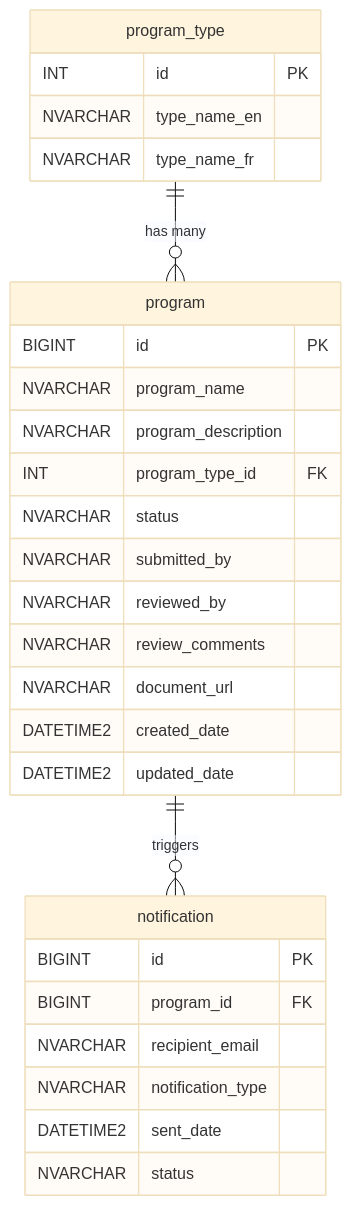
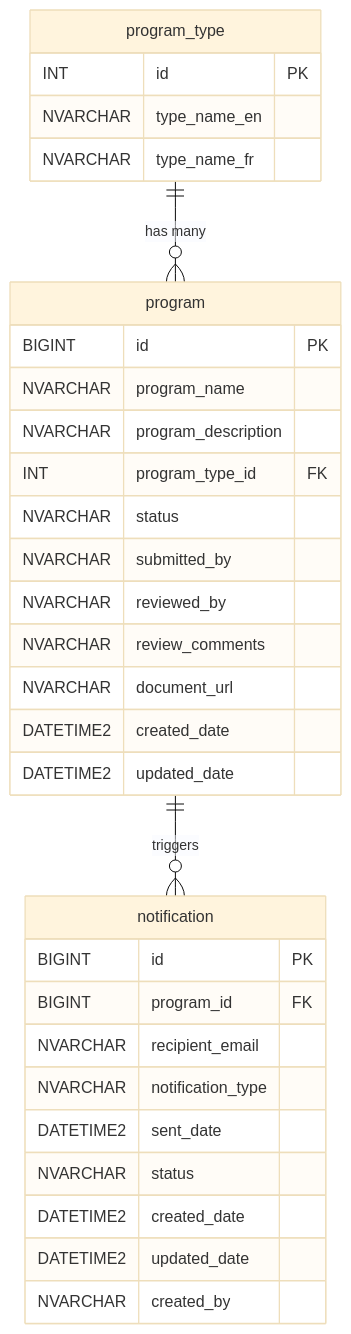
Before and after one commit to devopsabcs-engineering/ProgramDemo-DevDay2026: the diagram in docs/data-dictionary.md, drawn with Mermaid (base theme). The commit also changed other lines of this file and 3 other files, not shown here.

````diff
--- a/docs/data-dictionary.md
+++ b/docs/data-dictionary.md
@@ -9,34 +9,37 @@
 ```mermaid
 erDiagram
     program_type ||--o{ program : "has many"
     program ||--o{ notification : "triggers"
 
     program_type {
         INT id PK
         NVARCHAR type_name_en
         NVARCHAR type_name_fr
     }
 
     program {
         BIGINT id PK
         NVARCHAR program_name
         NVARCHAR program_description
         INT program_type_id FK
         NVARCHAR status
         NVARCHAR submitted_by
         NVARCHAR reviewed_by
         NVARCHAR review_comments
         NVARCHAR document_url
         DATETIME2 created_date
         DATETIME2 updated_date
     }
 
     notification {
         BIGINT id PK
         BIGINT program_id FK
         NVARCHAR recipient_email
         NVARCHAR notification_type
         DATETIME2 sent_date
         NVARCHAR status
+        DATETIME2 created_date
+        DATETIME2 updated_date
+        NVARCHAR created_by
     }
 ```
````
